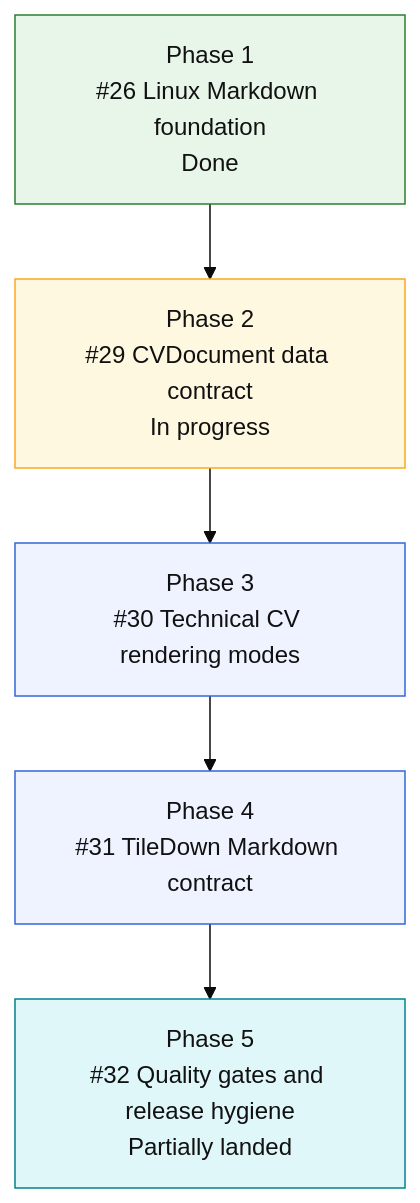
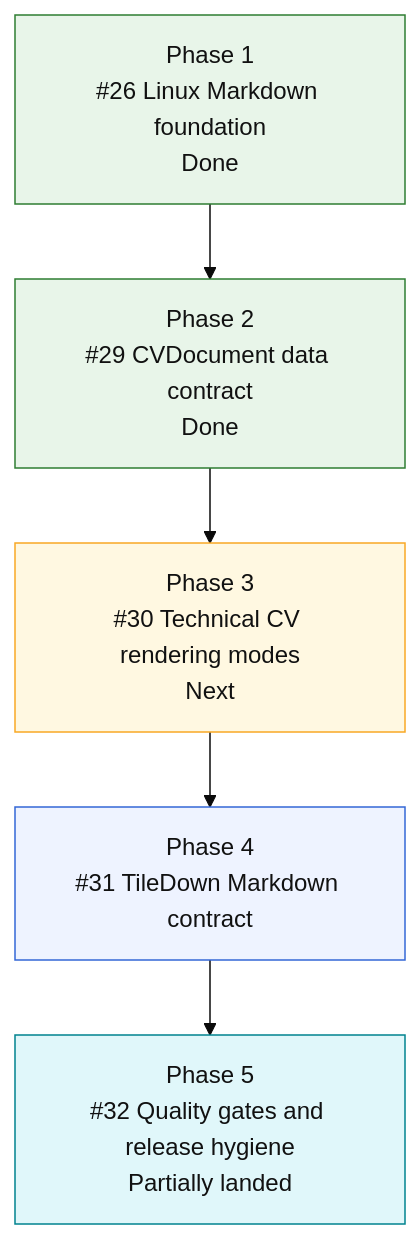
Before and after one commit to mihaelamj/cvbuilder: the diagram in README.md, drawn with Mermaid (base theme). The commit also changed 1 other file, not shown here.

Commit message:
docs(roadmap): mark cvdocument contract done

````diff
--- a/README.md
+++ b/README.md
@@ -144,19 +144,19 @@
 ```mermaid
 flowchart TD
     P1["Phase 1<br/>#26 Linux Markdown foundation<br/>Done"]
-    P2["Phase 2<br/>#29 CVDocument data contract<br/>In progress"]
-    P3["Phase 3<br/>#30 Technical CV rendering modes"]
+    P2["Phase 2<br/>#29 CVDocument data contract<br/>Done"]
+    P3["Phase 3<br/>#30 Technical CV rendering modes<br/>Next"]
     P4["Phase 4<br/>#31 TileDown Markdown contract"]
     P5["Phase 5<br/>#32 Quality gates and release hygiene<br/>Partially landed"]
 
     P1 --> P2 --> P3 --> P4 --> P5
 
     classDef done fill:#e8f5e9,stroke:#2e7d32,color:#111;
-    classDef active fill:#fff8e1,stroke:#f9a825,color:#111;
+    classDef next fill:#fff8e1,stroke:#f9a825,color:#111;
     classDef partial fill:#e0f7fa,stroke:#00838f,color:#111;
     classDef todo fill:#eef3ff,stroke:#3367d6,color:#111;
-    class P1 done;
-    class P2 active;
+    class P1,P2 done;
+    class P3 next;
     class P5 partial;
-    class P3,P4 todo;
+    class P4 todo;
 ```
````
